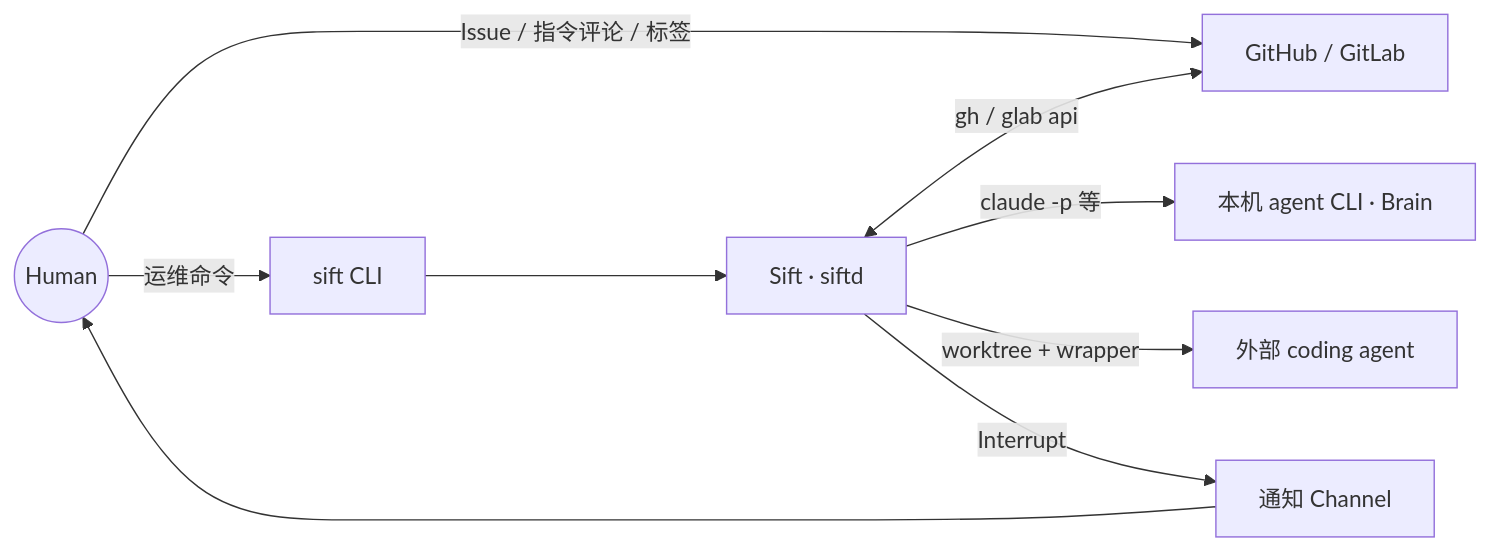
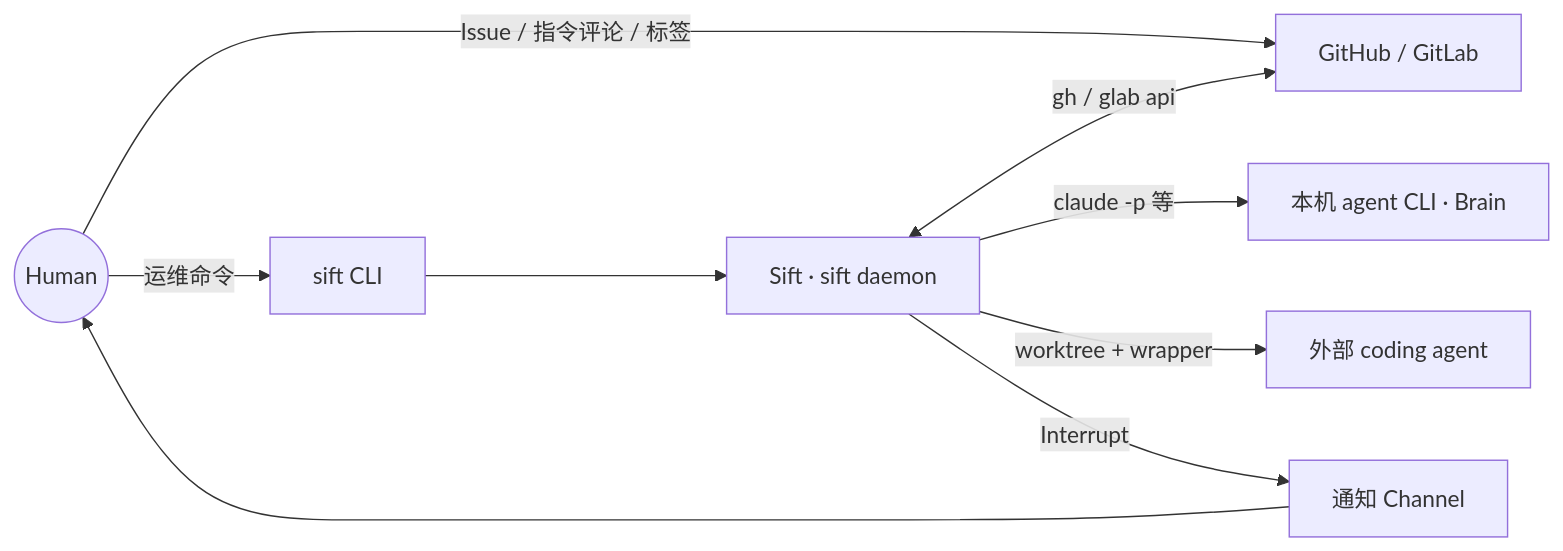
Before and after one commit to bebm2/sift: the first of 2 diagrams in docs/DESIGN.md, drawn with Mermaid. The commit also changed other lines of this file and 17 other files, not shown here.

Commit message:
合并 sift CLI 与 daemon 入口 (#900)

````diff
--- a/docs/DESIGN.md
+++ b/docs/DESIGN.md
@@ -78,11 +78,11 @@
 ```mermaid
 flowchart LR
     Human((Human)) -->|Issue / 指令评论 / 标签| Forge[GitHub / GitLab]
     Human -->|运维命令| CLI[sift CLI]
-    Sift[Sift · siftd] <-->|gh / glab api| Forge
+    Sift[Sift · sift daemon] <-->|gh / glab api| Forge
     Sift -->|claude -p 等| LLM[本机 agent CLI · Brain]
     Sift -->|worktree + wrapper| Agent[外部 coding agent]
     Sift -->|Interrupt| Channel[通知 Channel]
     Channel --> Human
     CLI --> Sift
 ```
````
